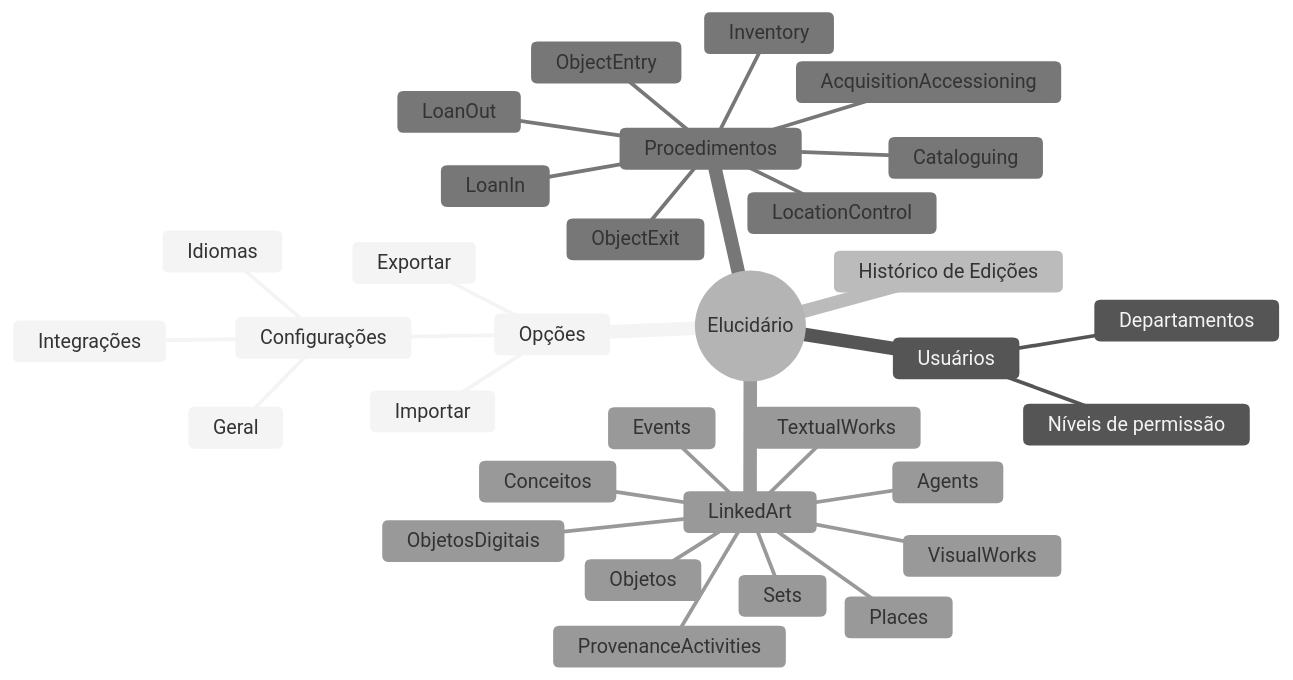
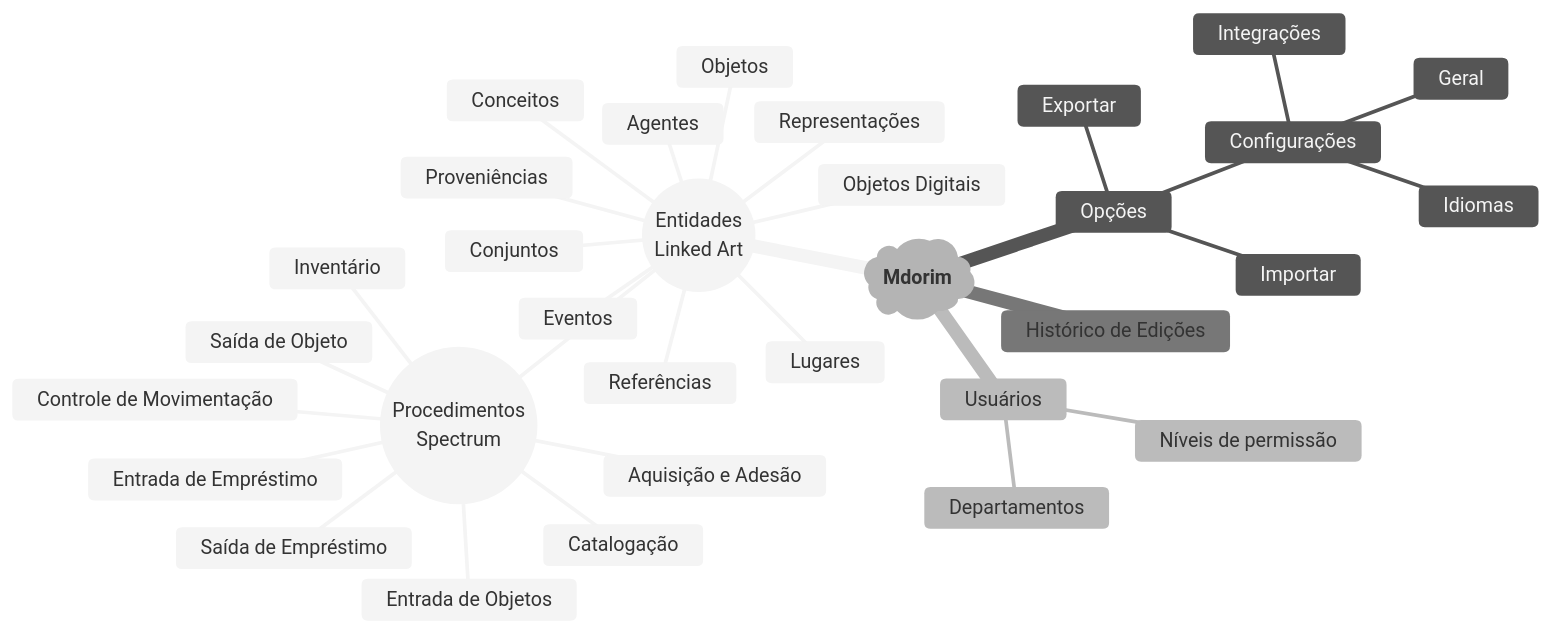
The diagram in publications/dissertacao-mestrado/content/pt-br/elucidario/mdorim/mermaid.md (hgodinho/elucidario), drawn with Mermaid (neutral theme) before and after one commit. The commit also changed other lines of this file and 29 other files, not shown here.

````diff
--- a/publications/dissertacao-mestrado/content/pt-br/elucidario/mdorim/mermaid.md
+++ b/publications/dissertacao-mestrado/content/pt-br/elucidario/mdorim/mermaid.md
@@ -1,35 +9,37 @@
 ```mermaid
     mindmap
-        root((Elucidário))
+        root)"`**Mdorim**`"(
+            Entidades(("`Entidades
+            Linked Art`"))
+                Objetos
+                Conceitos
+                Objetos Digitais
+                Referências
+                Representações
+                Procedimentos(("`Procedimentos
+                Spectrum`"))
+                    Entrada de Objetos
+                    Aquisição e Adesão
+                    Controle de Movimentação
+                    Inventário
+                    Catalogação
+                    Saída de Objeto
+                    Entrada de Empréstimo
+                    Saída de Empréstimo
+                Agentes
+                Lugares
+                Eventos
+                Conjuntos
+                Proveniências
             Opções
                 Importar
                 Exportar
                 Configurações
                     Geral
                     Idiomas
                     Integrações
             Usuários
                 Departamentos
                 Níveis de permissão
             Histórico de Edições
-            Procedimentos
-                ObjectEntry
-                AcquisitionAccessioning
-                LocationControl
-                Inventory
-                Cataloguing
-                ObjectExit
-                LoanIn
-                LoanOut
-            LinkedArt
-                Objetos
-                Conceitos
-                ObjetosDigitais
-                TextualWorks
-                VisualWorks
-                Agents
-                Places
-                Events
-                Sets
-                ProvenanceActivities
 ```
````
